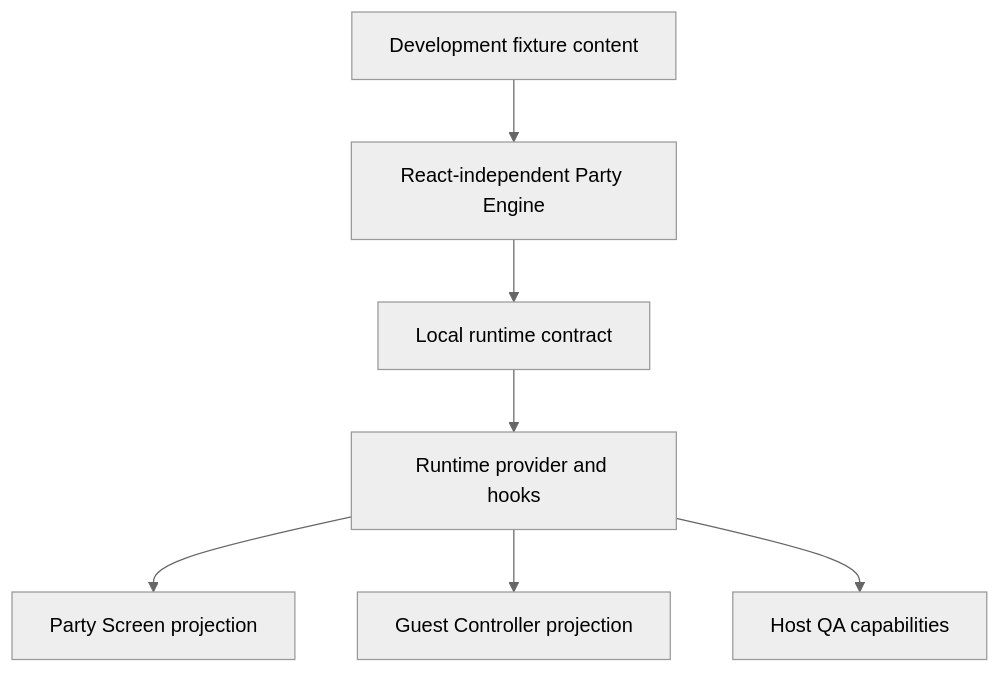
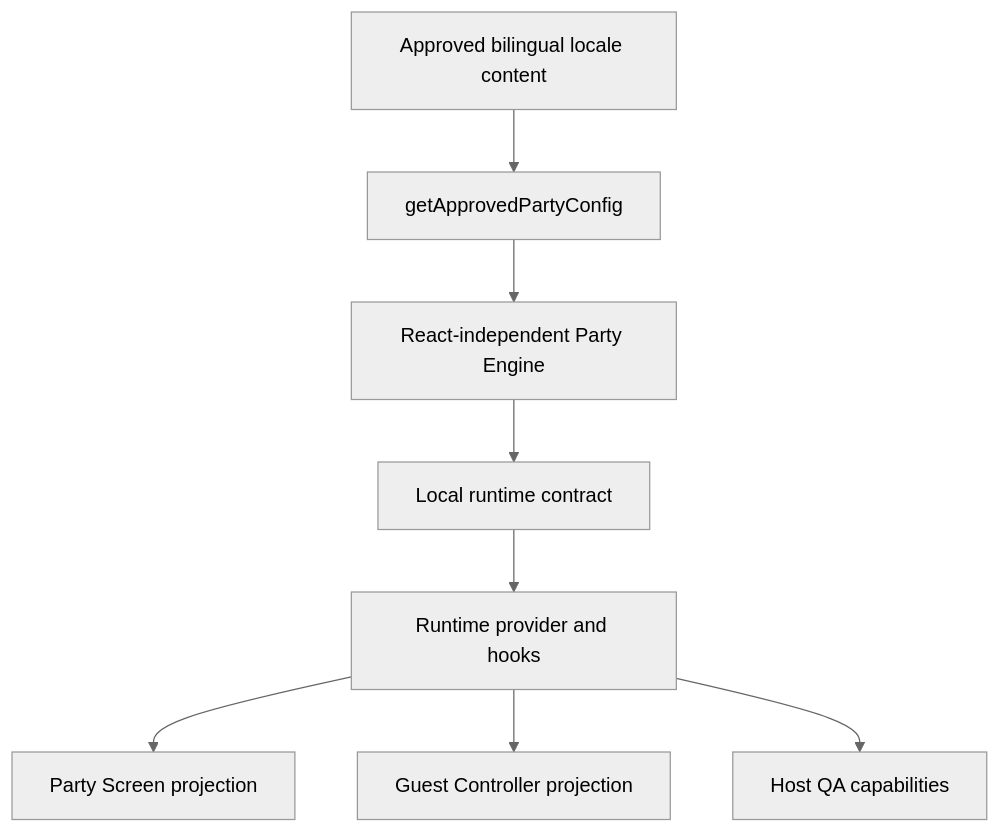
Before and after one commit to ianvu17/hanfirstbirthday: the first of 2 diagrams in docs/ARCHITECTURE.md, drawn with Mermaid (neutral theme). The commit also changed other lines of this file and 326 other files, not shown here.

First line of the commit message:
Codex/party flow realtime mobile (#5)

````diff
--- a/docs/ARCHITECTURE.md
+++ b/docs/ARCHITECTURE.md
@@ -255,9 +260,10 @@
 ```mermaid
 flowchart TD
-  Content[Development fixture content] --> Engine[React-independent Party Engine]
+  Content[Approved bilingual locale content] --> Adapter[getApprovedPartyConfig]
+  Adapter --> Engine[React-independent Party Engine]
   Engine --> Runtime[Local runtime contract]
   Runtime --> React[Runtime provider and hooks]
   React --> Display[Party Screen projection]
   React --> Guest[Guest Controller projection]
   React --> Host[Host QA capabilities]
 ```
````
